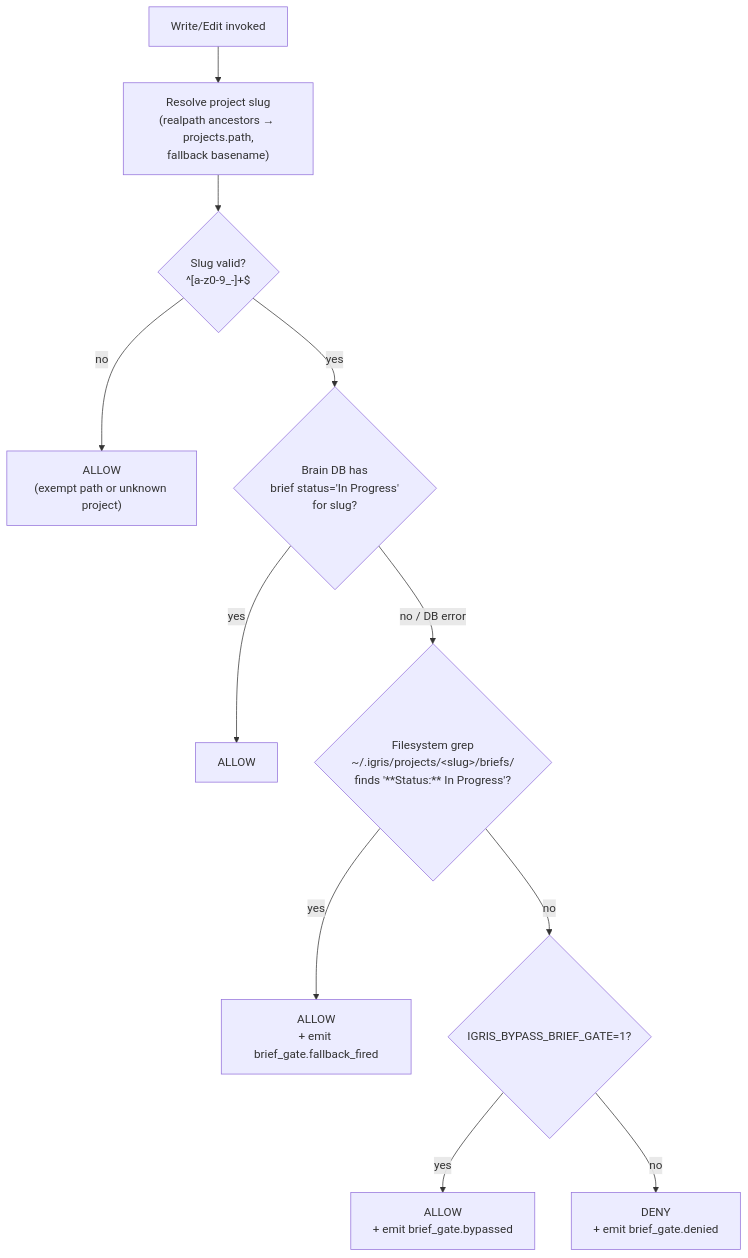
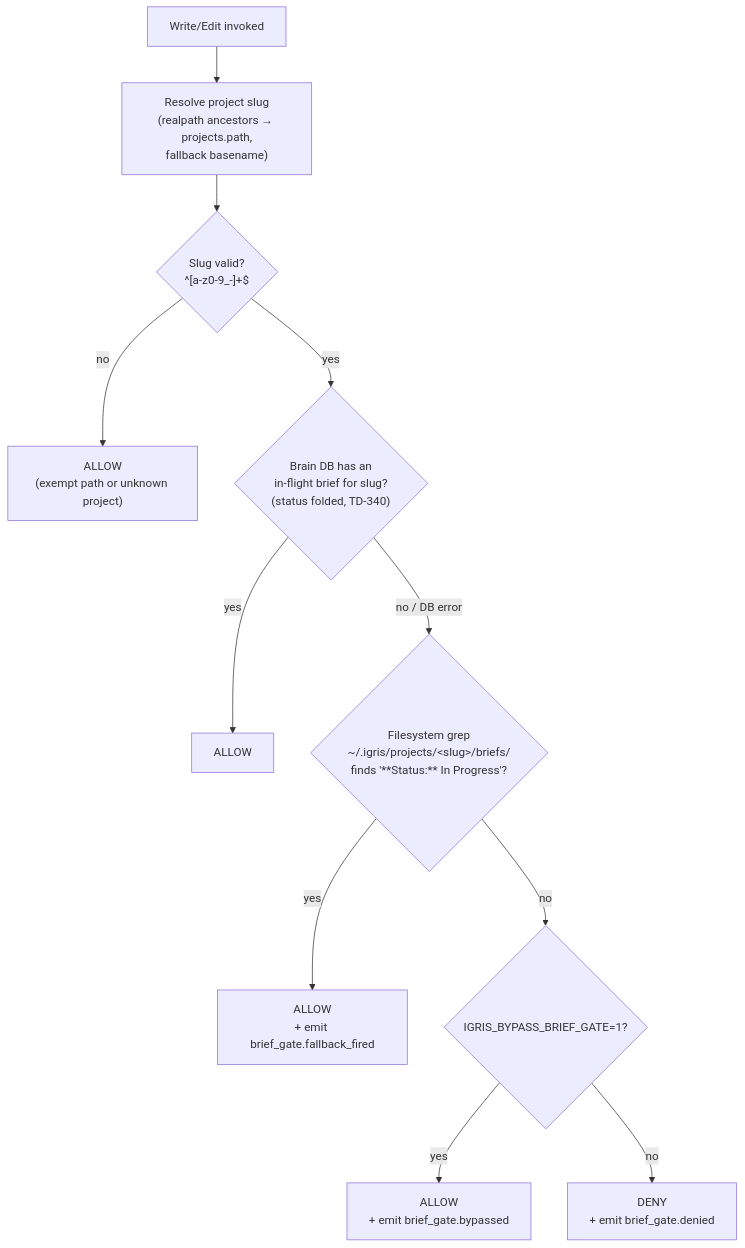
One commit to fiftynotai/igris-ai changed the fourth of 5 diagrams in docs/architecture/SYSTEM.md. Above: the diagram before and after it, drawn with Mermaid. The commit also changed other lines of this file and 8 other files, not shown here.

````diff
--- a/docs/architecture/SYSTEM.md
+++ b/docs/architecture/SYSTEM.md
@@ -176,13 +176,13 @@
 ```mermaid
 flowchart TB
     A["Write/Edit invoked"] --> B["Resolve project slug<br/>(realpath ancestors → projects.path,<br/>fallback basename)"]
     B --> C{"Slug valid?<br/>^[a-z0-9_-]+$"}
     C -->|"no"| ALLOW1["ALLOW<br/>(exempt path or unknown project)"]
-    C -->|"yes"| D{"Brain DB has<br/>brief status='In Progress'<br/>for slug?"}
+    C -->|"yes"| D{"Brain DB has an<br/>in-flight brief for slug?<br/>(status folded, TD-340)"}
     D -->|"yes"| ALLOW2["ALLOW"]
     D -->|"no / DB error"| E{"Filesystem grep<br/>~/.igris/projects/&lt;slug&gt;/briefs/<br/>finds '**Status:** In Progress'?"}
     E -->|"yes"| ALLOW3["ALLOW<br/>+ emit brief_gate.fallback_fired"]
     E -->|"no"| F{"IGRIS_BYPASS_BRIEF_GATE=1?"}
     F -->|"yes"| ALLOW4["ALLOW<br/>+ emit brief_gate.bypassed"]
     F -->|"no"| DENY["DENY<br/>+ emit brief_gate.denied"]
 ```
````
